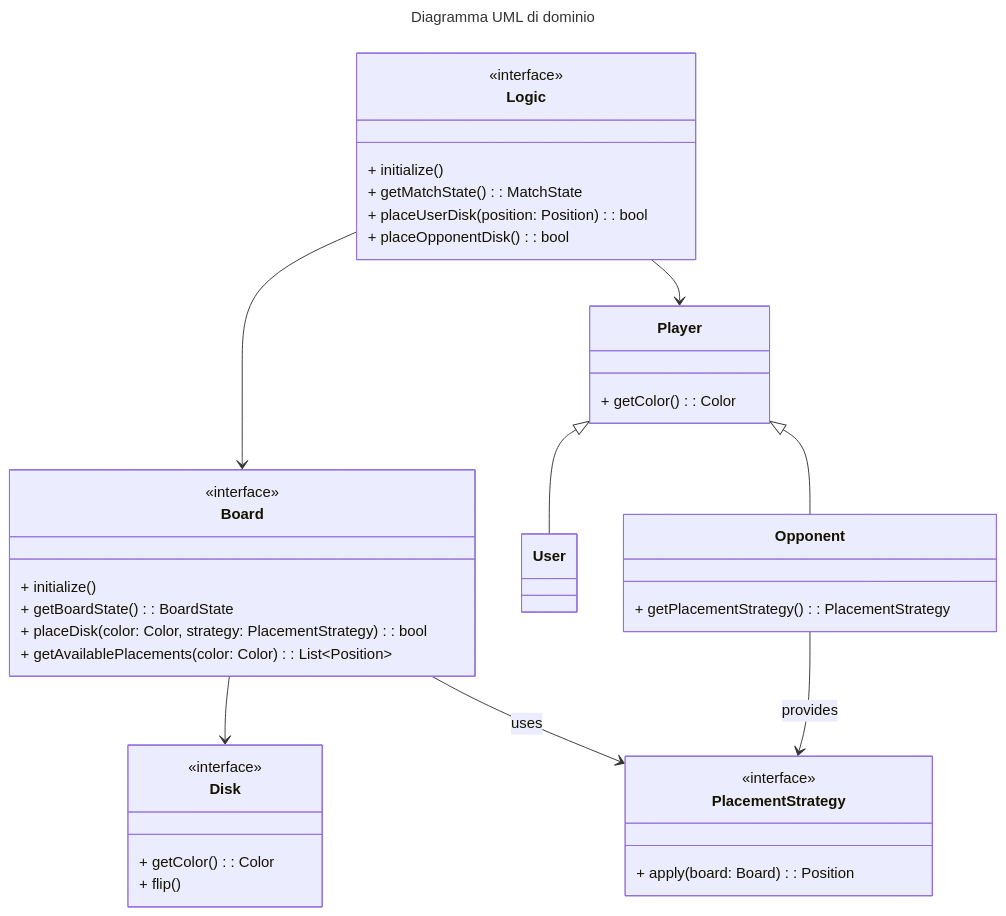
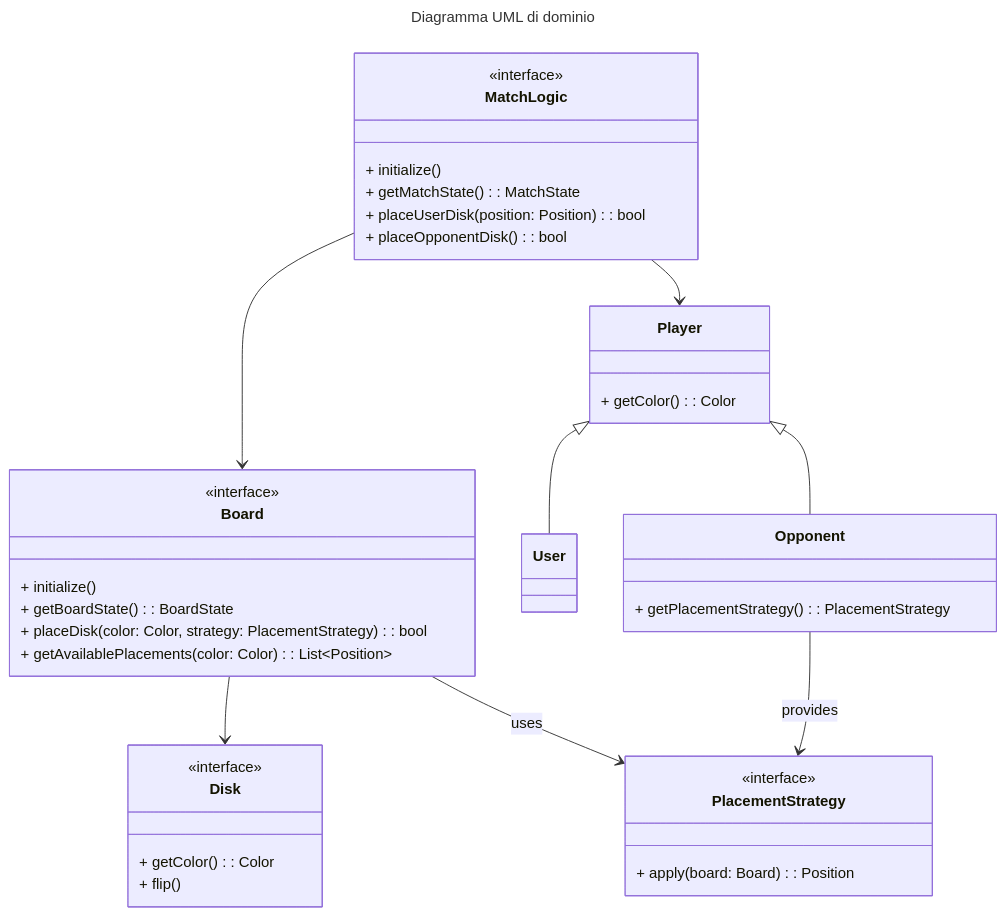
Before and after one commit to Borgotto/PPS-25-scalatello: the first of 2 diagrams in docs/report/3-requirements.md, drawn with Mermaid. The commit also changed 1 other file, not shown here.

Commit message:
Add Match prefix

````diff
--- a/docs/report/3-requirements.md
+++ b/docs/report/3-requirements.md
@@ -26,46 +26,46 @@
 ```mermaid
 ---
 title: Diagramma UML di dominio
 ---
 classDiagram
-  class Logic {
+  class MatchLogic {
     <<interface>>
     + initialize()
     + getMatchState(): MatchState
     + placeUserDisk(position: Position): bool
     + placeOpponentDisk(): bool
   } 
   class Board {
     <<interface>>
     + initialize()
     + getBoardState(): BoardState
     + placeDisk(color: Color, strategy: PlacementStrategy): bool
     + getAvailablePlacements(color: Color): List~Position~
   }
   class Disk {
     <<interface>>
     + getColor(): Color
     + flip()
   }
   class Player {
     + getColor(): Color
   }
   class Opponent {
     + getPlacementStrategy(): PlacementStrategy
   }
   class PlacementStrategy {
     <<interface>>
     + apply(board: Board): Position
   }
 
-  Logic --> Board
-  Logic --> Player
+  MatchLogic --> Board
+  MatchLogic --> Player
 
   Player <|-- User
   Player <|-- Opponent
 
   Opponent --> PlacementStrategy : provides
 
   Board --> Disk
   Board --> PlacementStrategy: uses
 ```
````
